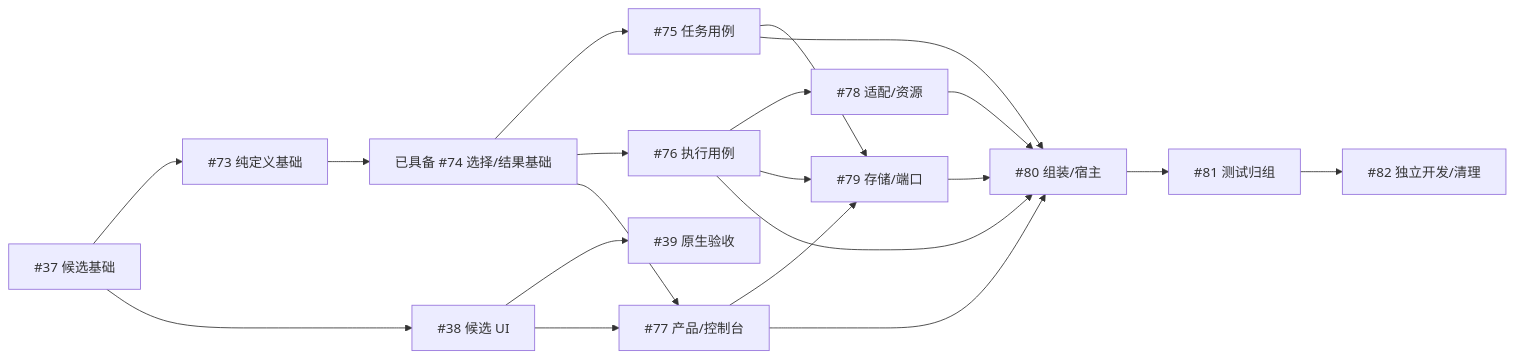
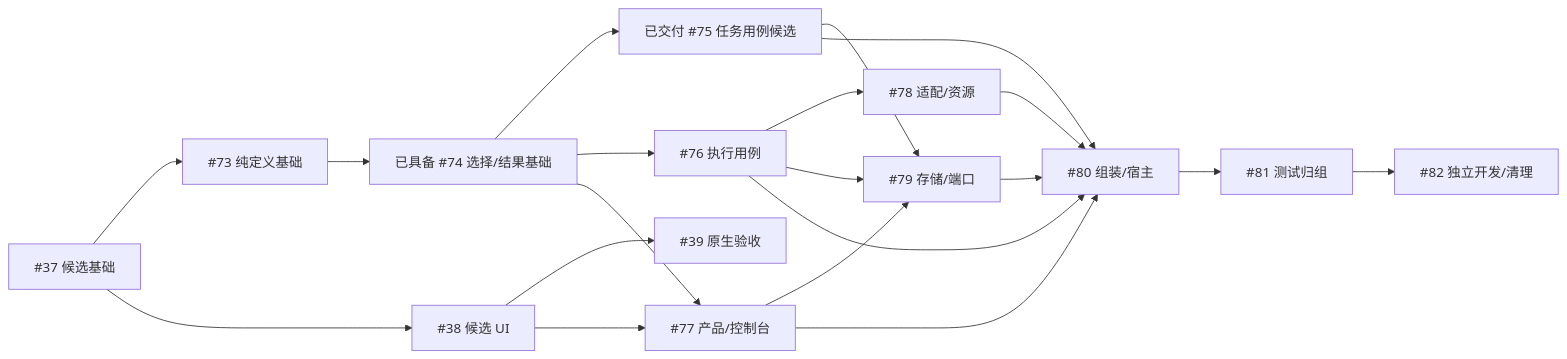
Before and after one commit to erranliu/SteerLine: the second of 2 diagrams in docs/roadmap/execution-map.md, drawn with Mermaid. The commit also changed other lines of this file and 84 other files, not shown here.

````diff
--- a/docs/roadmap/execution-map.md
+++ b/docs/roadmap/execution-map.md
@@ -75,22 +74,22 @@
 ```mermaid
 flowchart LR
     C37["#37 候选基础"] --> M01["#73 纯定义基础"]
     C37 --> U38["#38 候选 UI"]
     U38 --> A39["#39 原生验收"]
     M01 --> M02["已具备 #74 选择/结果基础"]
-    M02 --> M03["#75 任务用例"]
+    M02 --> M03["已交付 #75 任务用例候选"]
     M02 --> M04["#76 执行用例"]
     M02 --> M05["#77 产品/控制台"]
     U38 --> M05
     M04 --> M06["#78 适配/资源"]
     M03 --> M07["#79 存储/端口"]
     M04 --> M07
     M05 --> M07
     M03 --> M08["#80 组装/宿主"]
     M04 --> M08
     M05 --> M08
     M06 --> M08
     M07 --> M08
     M08 --> M09["#81 测试归组"]
     M09 --> M10["#82 独立开发/清理"]
 ```
````
